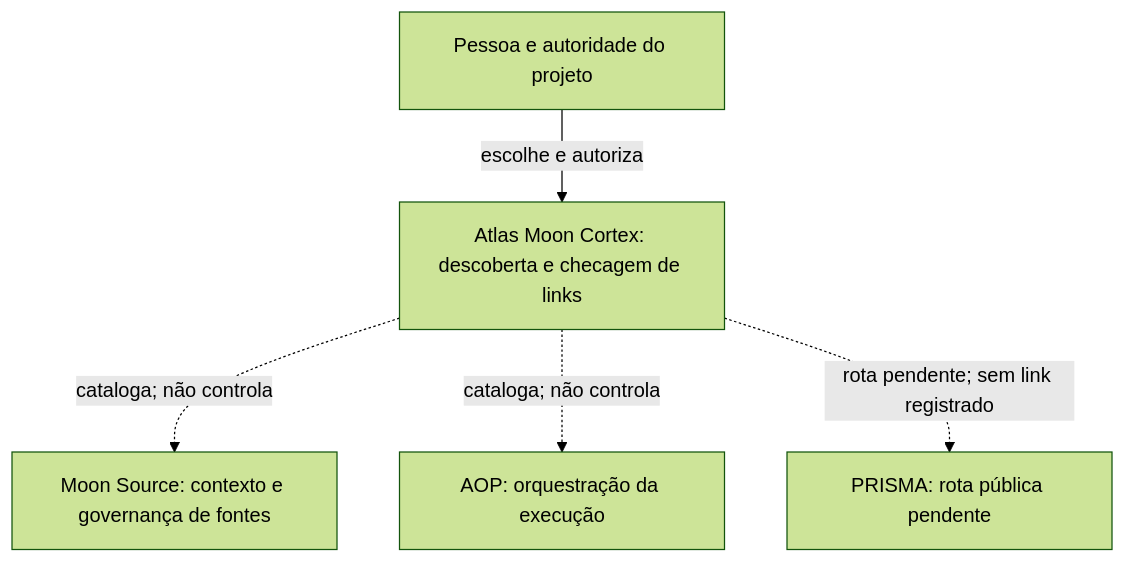
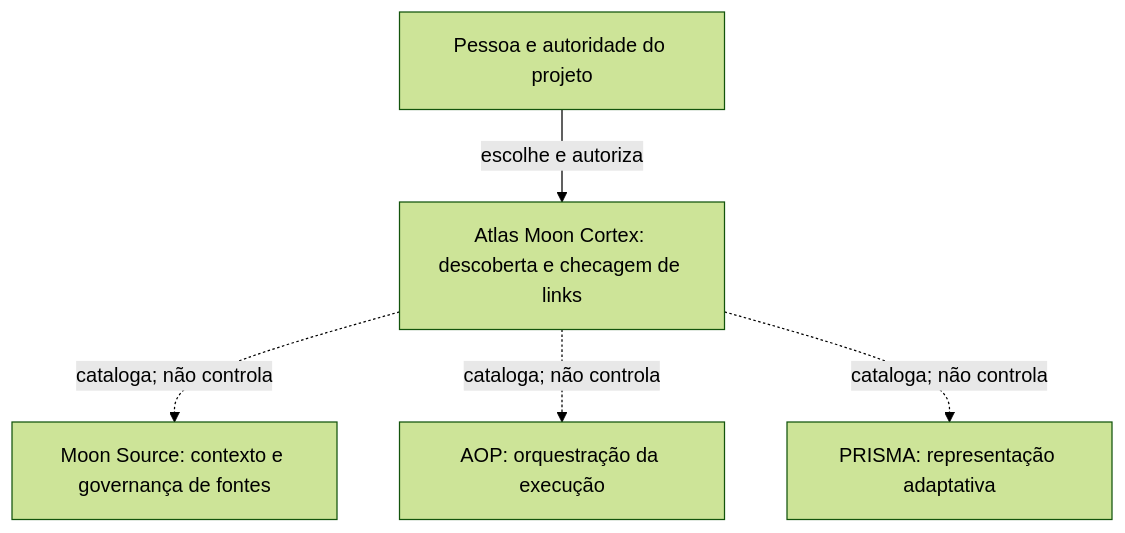
Before and after one commit to luahelenammc/Moon-Cortex: the diagram in ECOSYSTEM.pt-BR.md, drawn with Mermaid (forest theme). The commit also changed other lines of this file and 5 other files, not shown here.

````diff
--- a/ECOSYSTEM.pt-BR.md
+++ b/ECOSYSTEM.pt-BR.md
@@ -14,12 +14,12 @@
 ```mermaid
 flowchart TB
     H["Pessoa e autoridade do projeto"]
     C["Atlas Moon Cortex: descoberta e checagem de links"]
     S["Moon Source: contexto e governança de fontes"]
     A["AOP: orquestração da execução"]
-    P["PRISMA: rota pública pendente"]
+    P["PRISMA: representação adaptativa"]
     H -->|escolhe e autoriza| C
     C -. "cataloga; não controla" .-> S
     C -. "cataloga; não controla" .-> A
-    C -. "rota pendente; sem link registrado" .-> P
+    C -. "cataloga; não controla" .-> P
 ```
````
